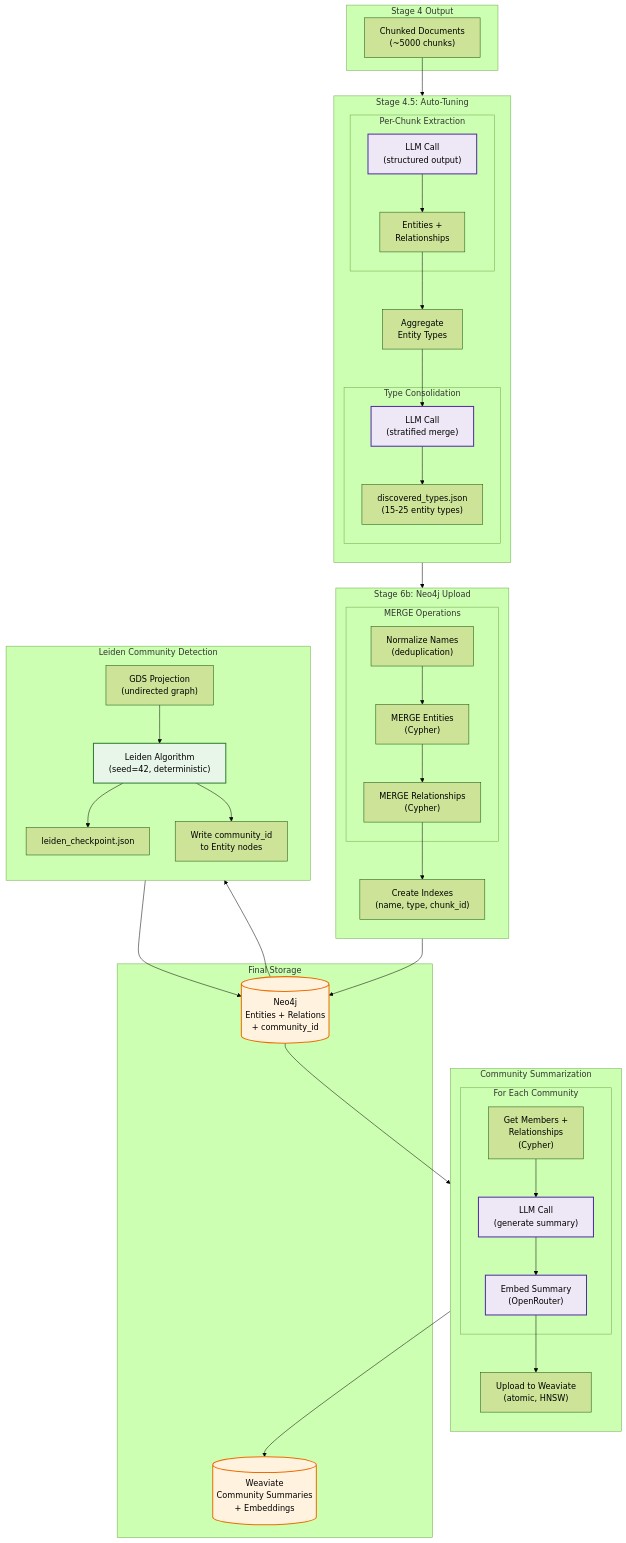
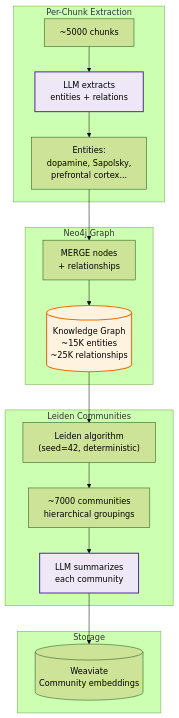
Before and after one commit to crlsrmrlsz/rag1-mini: the first of 2 diagrams in docs/preprocessing/graphrag.md, drawn with Mermaid (forest theme). The commit also changed other lines of this file and 8 other files, not shown here.

````diff
--- a/docs/preprocessing/graphrag.md
+++ b/docs/preprocessing/graphrag.md
@@ -31,77 +13,29 @@
 ```mermaid
 flowchart TB
-    subgraph INPUT["Stage 4 Output"]
-        CHUNKS["Chunked Documents<br/>(~5000 chunks)"]
+    subgraph EXTRACT["Per-Chunk Extraction"]
+        CHUNKS["~5000 chunks"]
+        LLM1["LLM extracts<br/>entities + relations"]
+        ENT["Entities:<br/>dopamine, Sapolsky,<br/>prefrontal cortex..."]
     end
 
-    subgraph AUTOTUNE["Stage 4.5: Auto-Tuning"]
-        direction TB
-
-        subgraph EXTRACT["Per-Chunk Extraction"]
-            LLM1["LLM Call<br/>(structured output)"]
-            ENT["Entities +<br/>Relationships"]
-        end
-
-        AGG["Aggregate<br/>Entity Types"]
-
-        subgraph CONSOLIDATE["Type Consolidation"]
-            LLM2["LLM Call<br/>(stratified merge)"]
-            TYPES["discovered_types.json<br/>(15-25 entity types)"]
-        end
+    subgraph GRAPH["Neo4j Graph"]
+        MERGE["MERGE nodes<br/>+ relationships"]
+        N4J[("Knowledge Graph<br/>~15K entities<br/>~25K relationships")]
     end
 
-    subgraph NEO4J_UPLOAD["Stage 6b: Neo4j Upload"]
-        direction TB
-
-        subgraph MERGE_OPS["MERGE Operations"]
-            NORM["Normalize Names<br/>(deduplication)"]
-            MENT["MERGE Entities<br/>(Cypher)"]
-            MREL["MERGE Relationships<br/>(Cypher)"]
-        end
-
-        IDX["Create Indexes<br/>(name, type, chunk_id)"]
+    subgraph COMMUNITY["Leiden Communities"]
+        LEIDEN["Leiden algorithm<br/>(seed=42, deterministic)"]
+        CLUSTERS["~7000 communities<br/>hierarchical groupings"]
+        SUM["LLM summarizes<br/>each community"]
     end
 
-    subgraph LEIDEN["Leiden Community Detection"]
-        direction TB
-        GDS["GDS Projection<br/>(undirected graph)"]
-        ALGO["Leiden Algorithm<br/>(seed=42, deterministic)"]
-        CKPT["leiden_checkpoint.json"]
-        WRITE["Write community_id<br/>to Entity nodes"]
+    subgraph OUTPUT["Storage"]
+        WV[("Weaviate<br/>Community embeddings")]
     end
 
-    subgraph SUMMARIZE["Community Summarization"]
-        direction TB
+    CHUNKS --> LLM1 --> ENT --> MERGE --> N4J --> LEIDEN --> CLUSTERS --> SUM --> WV
 
-        subgraph PER_COMM["For Each Community"]
-            MEMBERS["Get Members +<br/>Relationships<br/>(Cypher)"]
-            LLM3["LLM Call<br/>(generate summary)"]
-            EMB["Embed Summary<br/>(OpenRouter)"]
-        end
-
-        WV_UP["Upload to Weaviate<br/>(atomic, HNSW)"]
-    end
-
-    subgraph OUTPUT["Final Storage"]
-        N4J[("Neo4j<br/>Entities + Relations<br/>+ community_id")]
-        WV[("Weaviate<br/>Community Summaries<br/>+ Embeddings")]
-    end
-
-    %% Flow
-    CHUNKS --> LLM1 --> ENT --> AGG
-    AGG --> LLM2 --> TYPES
-    TYPES --> NORM --> MENT --> MREL --> IDX
-    IDX --> N4J
-    N4J --> GDS --> ALGO --> CKPT
-    ALGO --> WRITE --> N4J
-    N4J --> MEMBERS --> LLM3 --> EMB --> WV_UP --> WV
-
-    %% Styling
     style LLM1 fill:#ede7f6,stroke:#512da8,stroke-width:2px
-    style LLM2 fill:#ede7f6,stroke:#512da8,stroke-width:2px
-    style LLM3 fill:#ede7f6,stroke:#512da8,stroke-width:2px
-    style EMB fill:#ede7f6,stroke:#512da8,stroke-width:2px
+    style SUM fill:#ede7f6,stroke:#512da8,stroke-width:2px
     style N4J fill:#fff3e0,stroke:#ef6c00,stroke-width:2px
-    style WV fill:#fff3e0,stroke:#ef6c00,stroke-width:2px
-    style ALGO fill:#e8f5e9,stroke:#2e7d32,stroke-width:2px
 ```
````
